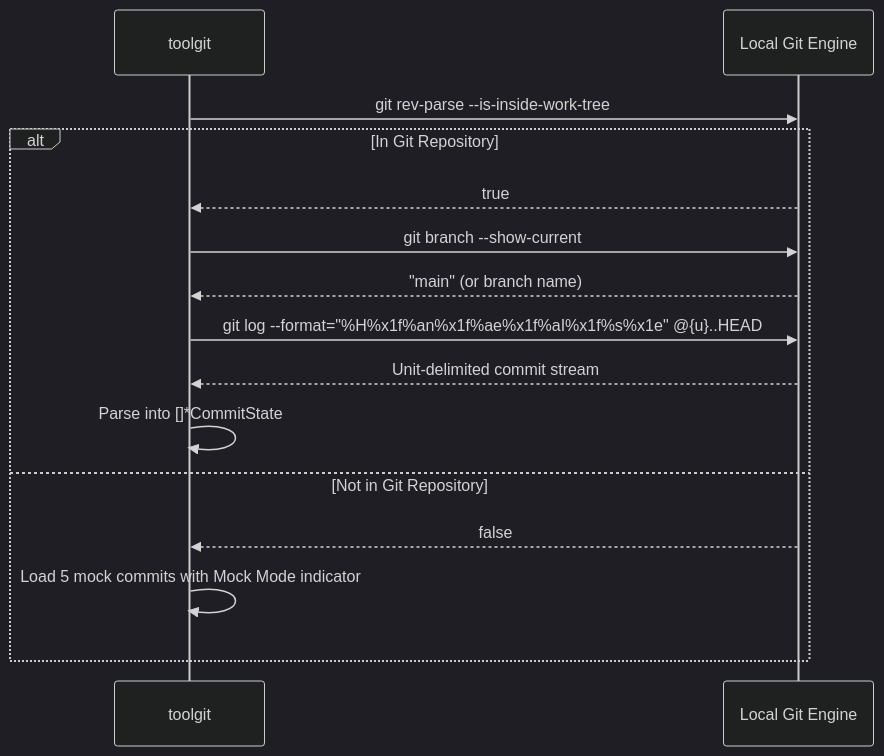
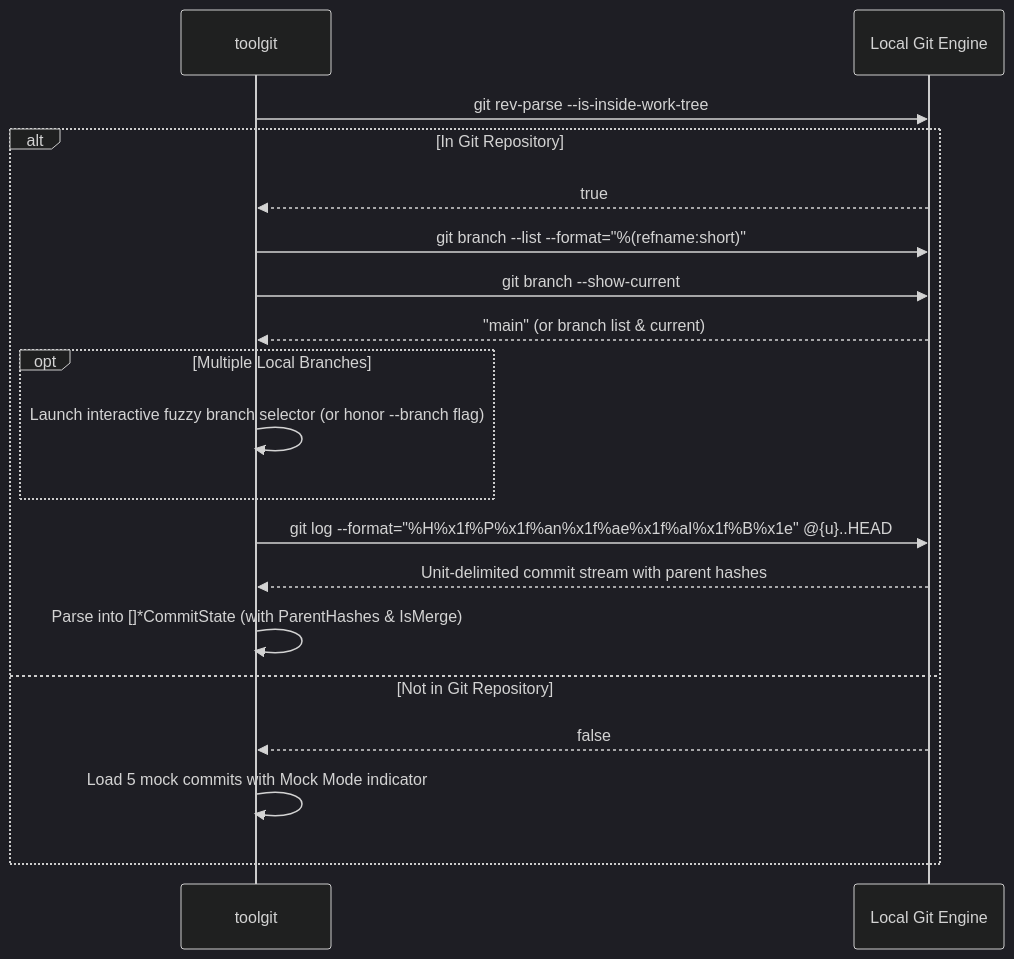
One commit to abhaysinh8/toolgit changed the second of 5 diagrams in docs/HOW_IT_WORKS.md. Above: the diagram before and after it, drawn with Mermaid (dark theme). The commit also changed other lines of this file and 8 other files, not shown here.

````diff
--- a/docs/HOW_IT_WORKS.md
+++ b/docs/HOW_IT_WORKS.md
@@ -44,18 +44,22 @@
 ```mermaid
 sequenceDiagram
     participant CLI as toolgit
     participant Git as Local Git Engine
 
     CLI->>Git: git rev-parse --is-inside-work-tree
     alt In Git Repository
         Git-->>CLI: true
+        CLI->>Git: git branch --list --format="%(refname:short)"
         CLI->>Git: git branch --show-current
-        Git-->>CLI: "main" (or branch name)
-        CLI->>Git: git log --format="%H%x1f%an%x1f%ae%x1f%aI%x1f%s%x1e" @{u}..HEAD
-        Git-->>CLI: Unit-delimited commit stream
-        CLI->>CLI: Parse into []*CommitState
+        Git-->>CLI: "main" (or branch list & current)
+        opt Multiple Local Branches
+            CLI->>CLI: Launch interactive fuzzy branch selector (or honor --branch flag)
+        end
+        CLI->>Git: git log --format="%H%x1f%P%x1f%an%x1f%ae%x1f%aI%x1f%B%x1e" @{u}..HEAD
+        Git-->>CLI: Unit-delimited commit stream with parent hashes
+        CLI->>CLI: Parse into []*CommitState (with ParentHashes & IsMerge)
     else Not in Git Repository
         Git-->>CLI: false
         CLI->>CLI: Load 5 mock commits with Mock Mode indicator
     end
 ```
````
